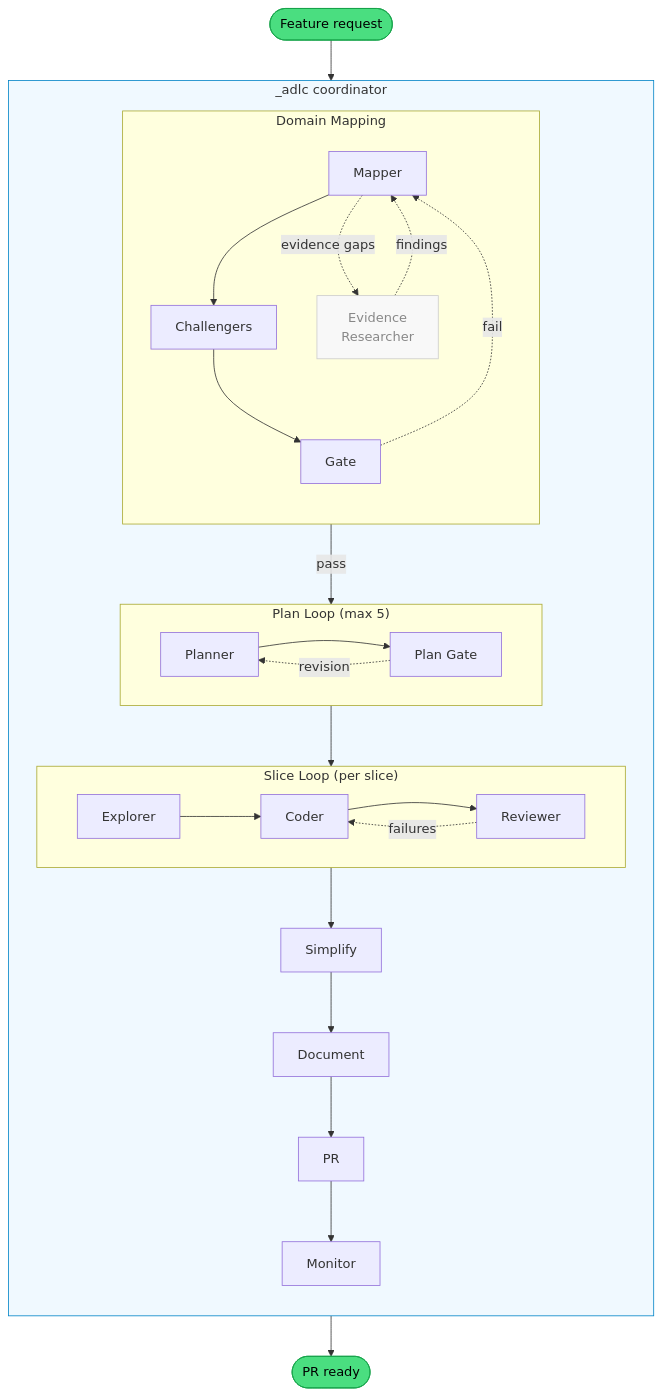
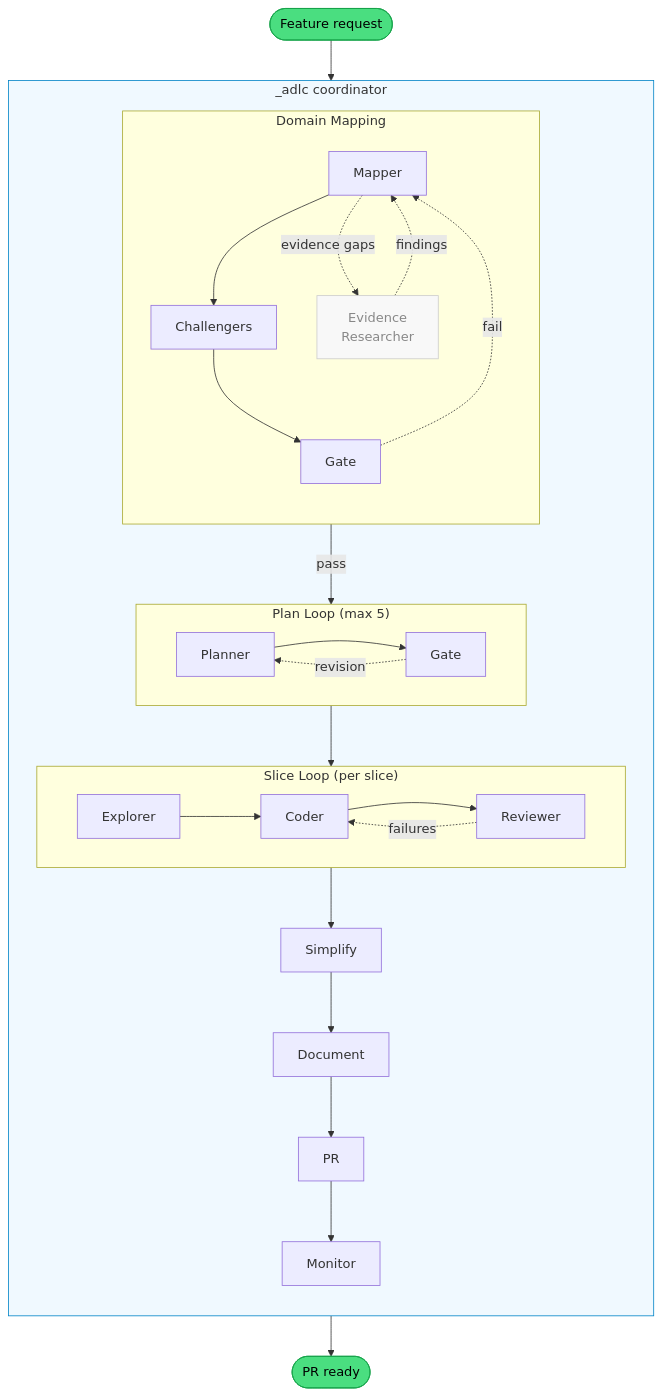
Before and after one commit to patricklafrance/plantz-claude-v2: the diagram in README.md, drawn with Mermaid. The commit also changed other lines of this file and 16 other files, not shown here.

````diff
--- a/README.md
+++ b/README.md
@@ -60,40 +60,40 @@
 ```mermaid
 flowchart TD
     Start([Feature request]) --> Coord
 
     subgraph Coord["_adlc coordinator"]
         direction TB
 
         subgraph Domain["Domain Mapping"]
             direction TB
             Mapper --> Challengers --> Gate
             Mapper -. "evidence gaps" .-> Evidence["Evidence\nResearcher"] -. findings .-> Mapper
             Gate -. "fail" .-> Mapper
         end
 
         Gate -- "pass" --> PlanLoop
 
         subgraph PlanLoop["Plan Loop (max 5)"]
             direction LR
-            Planner --> PlanGate["Plan Gate"]
+            Planner --> PlanGate["Gate"]
             PlanGate -. "revision" .-> Planner
         end
 
         PlanLoop --> SliceLoop
 
         subgraph SliceLoop["Slice Loop (per slice)"]
             direction LR
             Explorer --> Coder --> Reviewer
             Reviewer -. "failures" .-> Coder
         end
 
         SliceLoop --> Simplify --> Document --> PR --> Monitor
     end
 
     Monitor --> Done([PR ready])
 
     style Start fill:#4ade80,stroke:#16a34a,color:#000
     style Done fill:#4ade80,stroke:#16a34a,color:#000
     style Coord fill:#f0f9ff,stroke:#0284c7
     style Evidence fill:#f8f8f8,stroke:#ccc,color:#888
 ```
````
